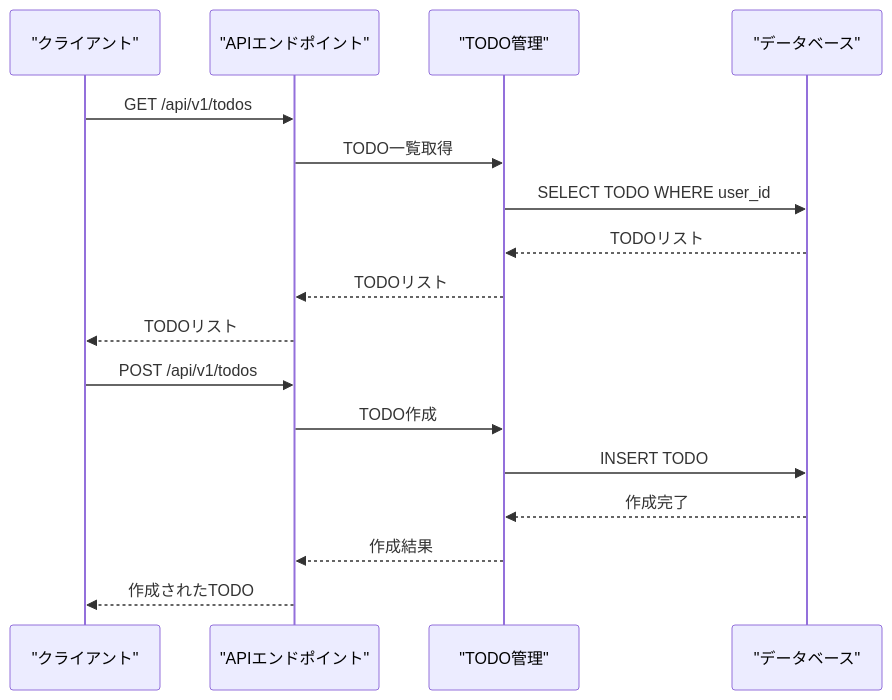
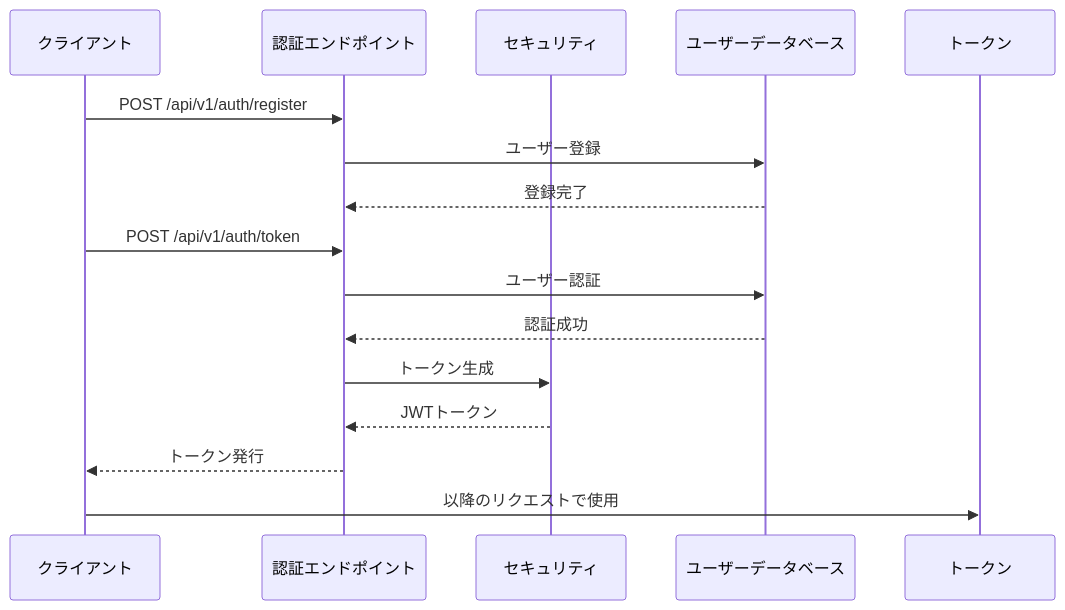
The eighth of 8 diagrams in .qoder/repowiki/ja/content/APIリファレンス/APIリファレンス.md (ss8806/Todos), drawn with Mermaid before and after one commit. The commit also changed other lines of this file and 25 other files, not shown here.

````diff
--- a/.qoder/repowiki/ja/content/APIリファレンス/APIリファレンス.md
+++ b/.qoder/repowiki/ja/content/APIリファレンス/APIリファレンス.md
@@ -320,19 +428,18 @@
 ```mermaid
 sequenceDiagram
-participant Client as "クライアント"
-participant API as "APIエンドポイント"
-participant Todo as "TODO管理"
-participant DB as "データベース"
-Client->>API : GET /api/v1/todos
-API->>Todo : TODO一覧取得
-Todo->>DB : SELECT TODO WHERE user_id
-DB-->>Todo : TODOリスト
-Todo-->>API : TODOリスト
-API-->>Client : TODOリスト
-Client->>API : POST /api/v1/todos
-API->>Todo : TODO作成
-Todo->>DB : INSERT TODO
-DB-->>Todo : 作成完了
-Todo-->>API : 作成結果
-API-->>Client : 作成されたTODO
+participant Client as クライアント
+participant Auth as 認証エンドポイント
+participant Security as セキュリティ
+participant UserDB as ユーザーデータベース
+participant Token as トークン
+Client->>Auth : POST /api/v1/auth/register
+Auth->>UserDB : ユーザー登録
+UserDB-->>Auth : 登録完了
+Client->>Auth : POST /api/v1/auth/token
+Auth->>UserDB : ユーザー認証
+UserDB-->>Auth : 認証成功
+Auth->>Security : トークン生成
+Security-->>Auth : JWTトークン
+Auth-->>Client : トークン発行
+Client->>Token : 以降のリクエストで使用
 ```
````
